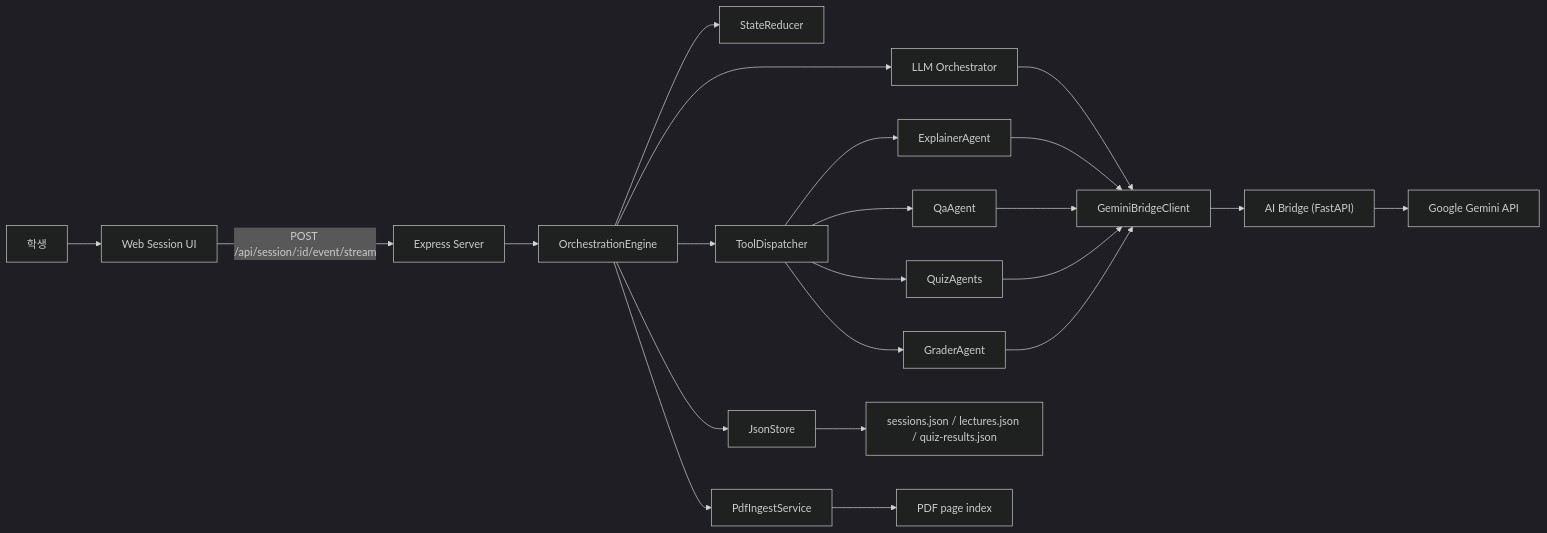
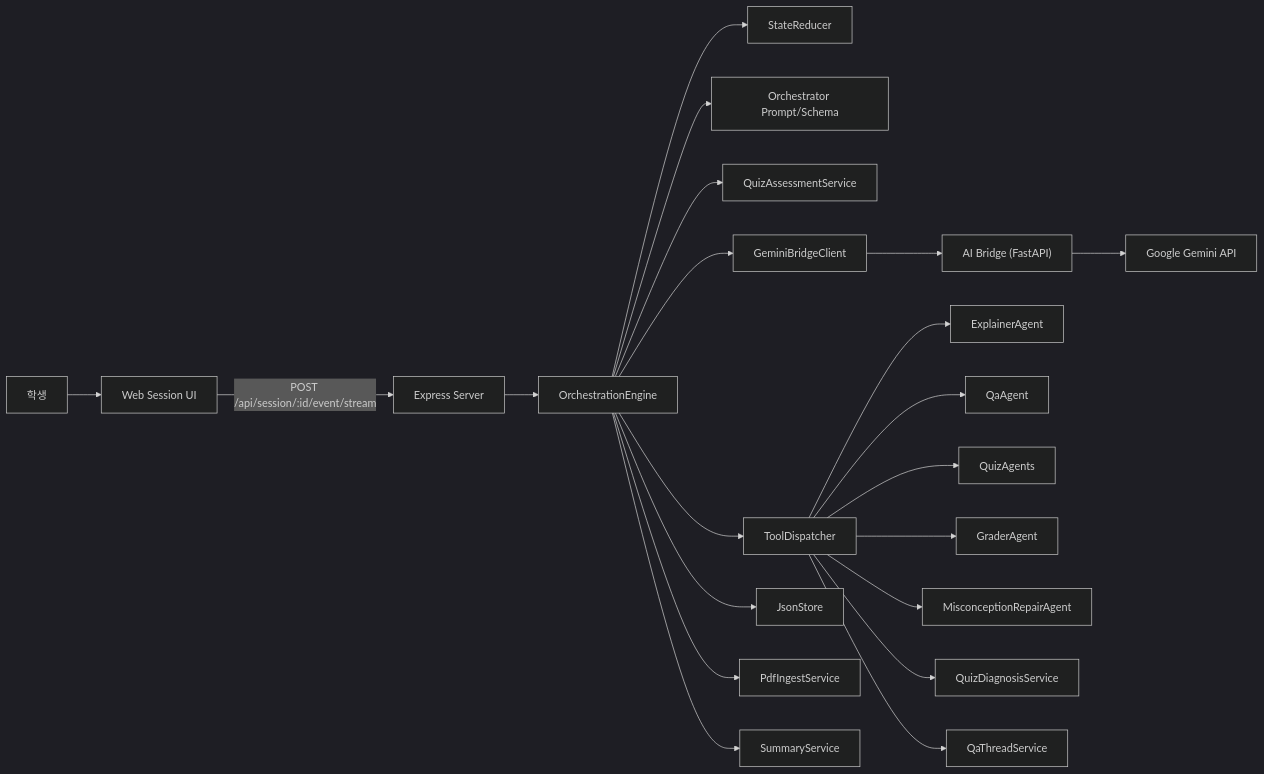
Before and after one commit to uou-capstone/UOU_Capstone_Design_AI: the diagram in MergeEduAgentFull/LLM_MULTI_AGENT_ARCHITECTURE.md, drawn with Mermaid (dark theme). The commit also changed other lines of this file and 94 other files, not shown here.

````diff
--- a/MergeEduAgentFull/LLM_MULTI_AGENT_ARCHITECTURE.md
+++ b/MergeEduAgentFull/LLM_MULTI_AGENT_ARCHITECTURE.md
@@ -30,28 +36,23 @@
 ```mermaid
 flowchart LR
   U["학생"] --> W["Web Session UI"]
   W -->|"POST /api/session/:id/event/stream"| S["Express Server"]
   S --> E["OrchestrationEngine"]
   E --> R["StateReducer"]
-  E --> O["LLM Orchestrator"]
+  E --> O["Orchestrator Prompt/Schema"]
+  E --> QA2["QuizAssessmentService"]
+  E --> G["GeminiBridgeClient"]
+  G --> B["AI Bridge (FastAPI)"]
+  B --> GM["Google Gemini API"]
   E --> D["ToolDispatcher"]
-  E --> J["JsonStore"]
-  E --> P["PdfIngestService"]
-
   D --> EX["ExplainerAgent"]
   D --> QA["QaAgent"]
   D --> QZ["QuizAgents"]
   D --> GR["GraderAgent"]
-
-  O --> G["GeminiBridgeClient"]
-  EX --> G
-  QA --> G
-  QZ --> G
-  GR --> G
-
-  G --> B["AI Bridge (FastAPI)"]
-  B --> GM["Google Gemini API"]
-
-  J --> FS["sessions.json / lectures.json / quiz-results.json"]
-  P --> IDX["PDF page index"]
+  D --> MR["MisconceptionRepairAgent"]
+  D --> QD["QuizDiagnosisService"]
+  D --> QT["QaThreadService"]
+  E --> J["JsonStore"]
+  E --> P["PdfIngestService"]
+  E --> S2["SummaryService"]
 ```
````
